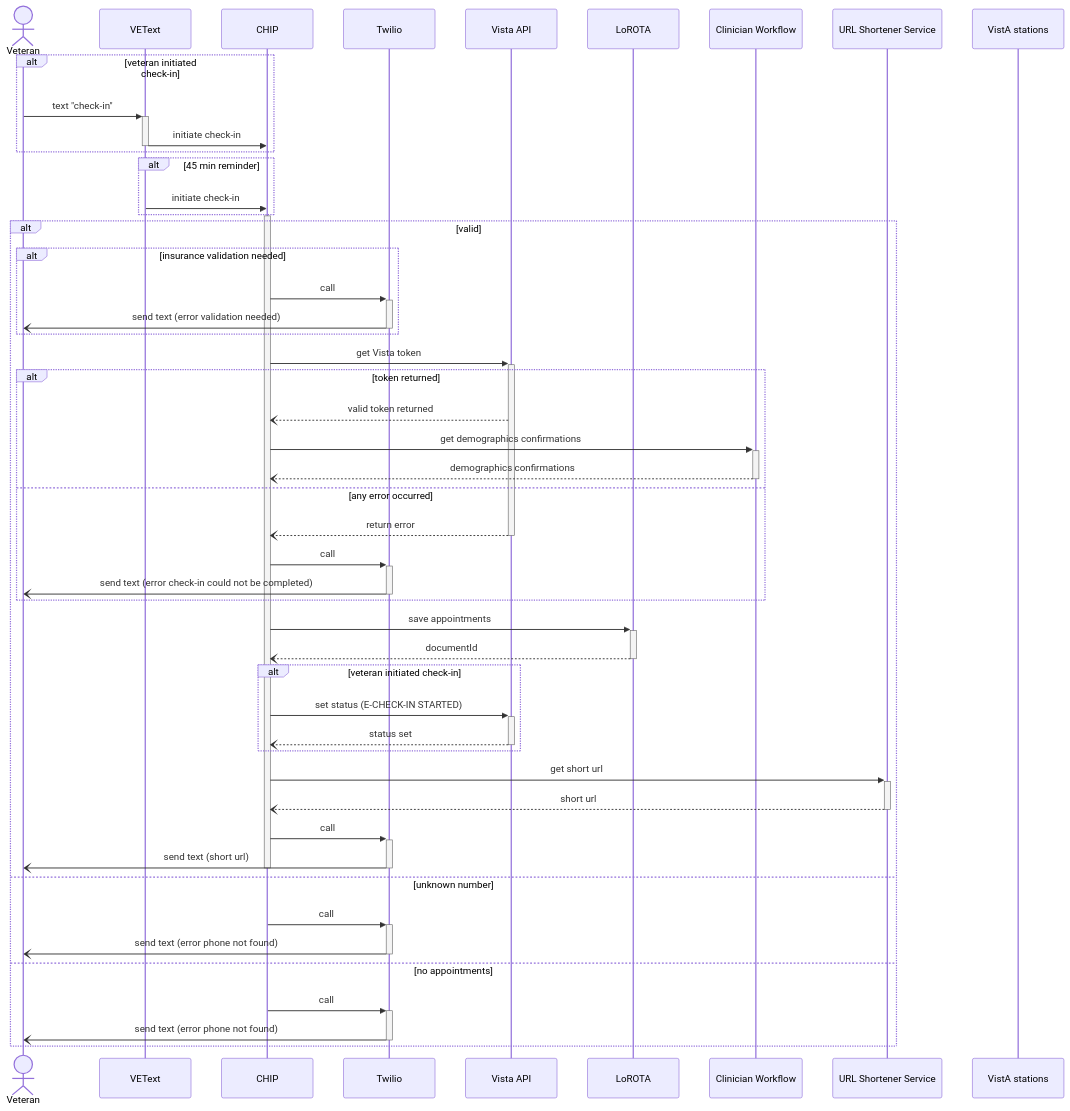
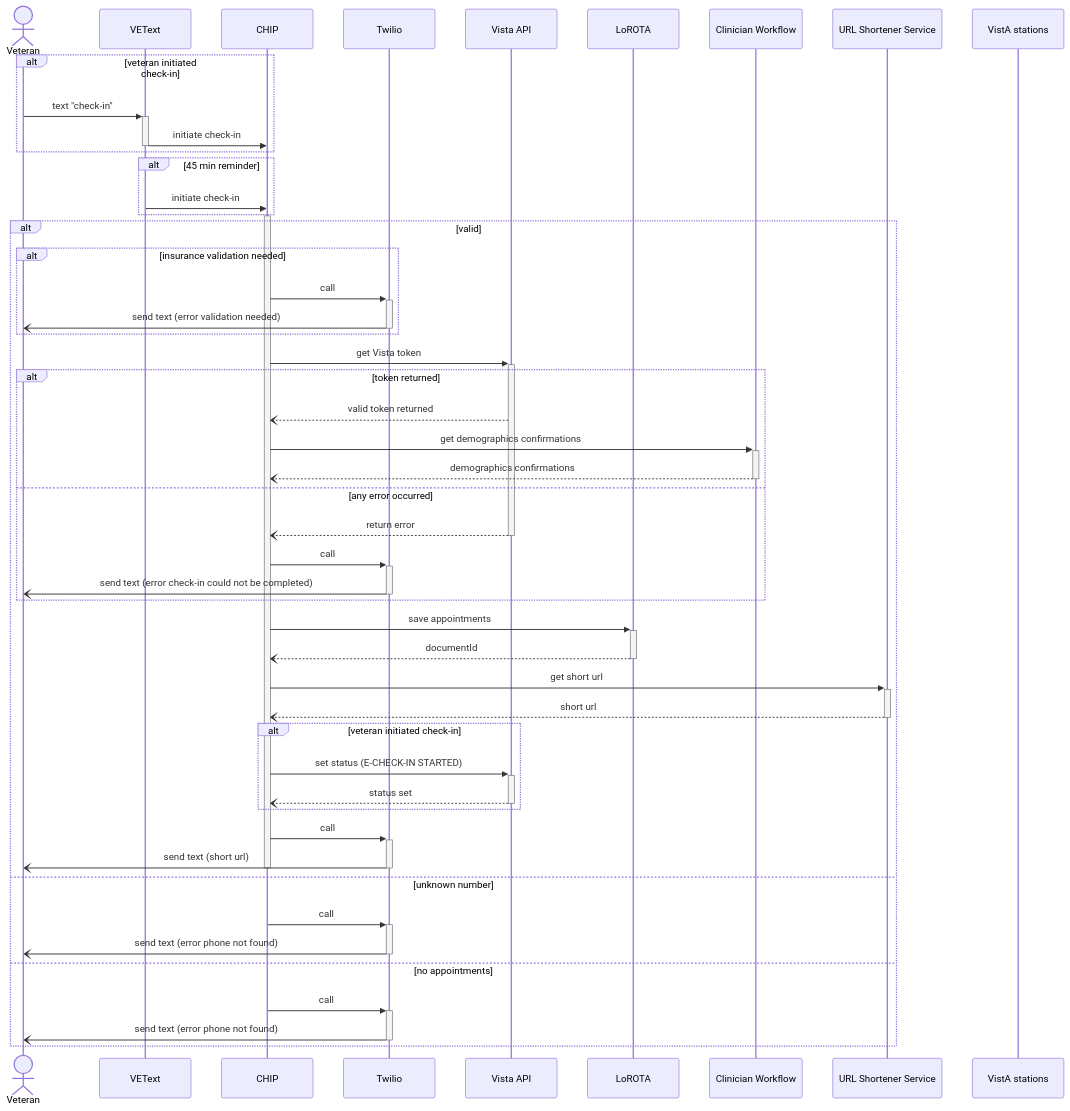
The first of 4 diagrams in products/health-care/checkin/engineering/architecture-diagrams/sequenceDiagram_checkInExp.md (department-of-veterans-affairs/va.gov-team), drawn with Mermaid before and after one commit. The commit also changed other lines of this file, not shown here.

````diff
--- a/products/health-care/checkin/engineering/architecture-diagrams/sequenceDiagram_checkInExp.md
+++ b/products/health-care/checkin/engineering/architecture-diagrams/sequenceDiagram_checkInExp.md
@@ -10,54 +10,54 @@
 ```mermaid
 sequenceDiagram
     actor vet as Veteran
     participant vt as VEText
     participant c as CHIP
     participant t as Twilio
     participant va as Vista API
     participant l as LoROTA
     participant cw as Clinician Workflow
     participant url as URL Shortener Service
     participant vas as VistA stations
 
     alt veteran initiated check-in
     vet->>+vt: text "check-in"
     vt->>-c: initiate check-in
     end
     alt 45 min reminder
     vt->>c: initiate check-in
     end
     activate c
     alt valid
       alt insurance validation needed
         c->>+t: call
         t-)-vet: send text (error validation needed)
       end
       c->>+va: get Vista token
       alt token returned
         va--)c: valid token returned
         c->>+cw: get demographics confirmations
         cw--)-c: demographics confirmations
       else any error occurred
         va--)-c: return error
         c->>+t: call
         t-)-vet: send text (error check-in could not be completed)
       end
       c->>+l: save appointments
       l--)-c: documentId
+      c->>+url: get short url
+      url--)-c: short url
       alt veteran initiated check-in
         c->>+va: set status (E-CHECK-IN STARTED)
         va--)-c: status set
       end
-      c->>+url: get short url
-      url--)-c: short url
       c->>+t: call
       t-)-vet: send text (short url)
       deactivate c
     else unknown number
       c->>+t: call
       t-)-vet: send text (error phone not found)
     else no appointments
       c->>+t: call
       t-)-vet: send text (error phone not found)
     end
 ```
````
